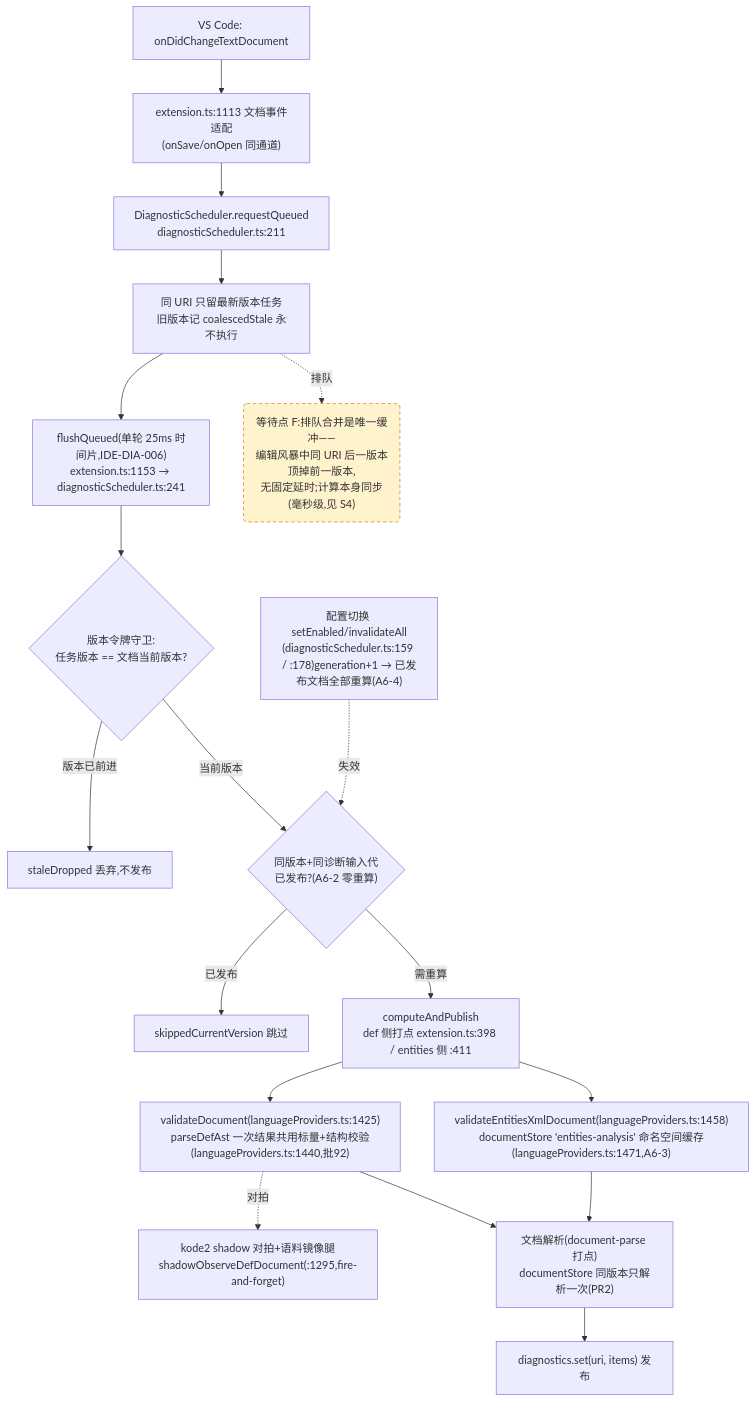
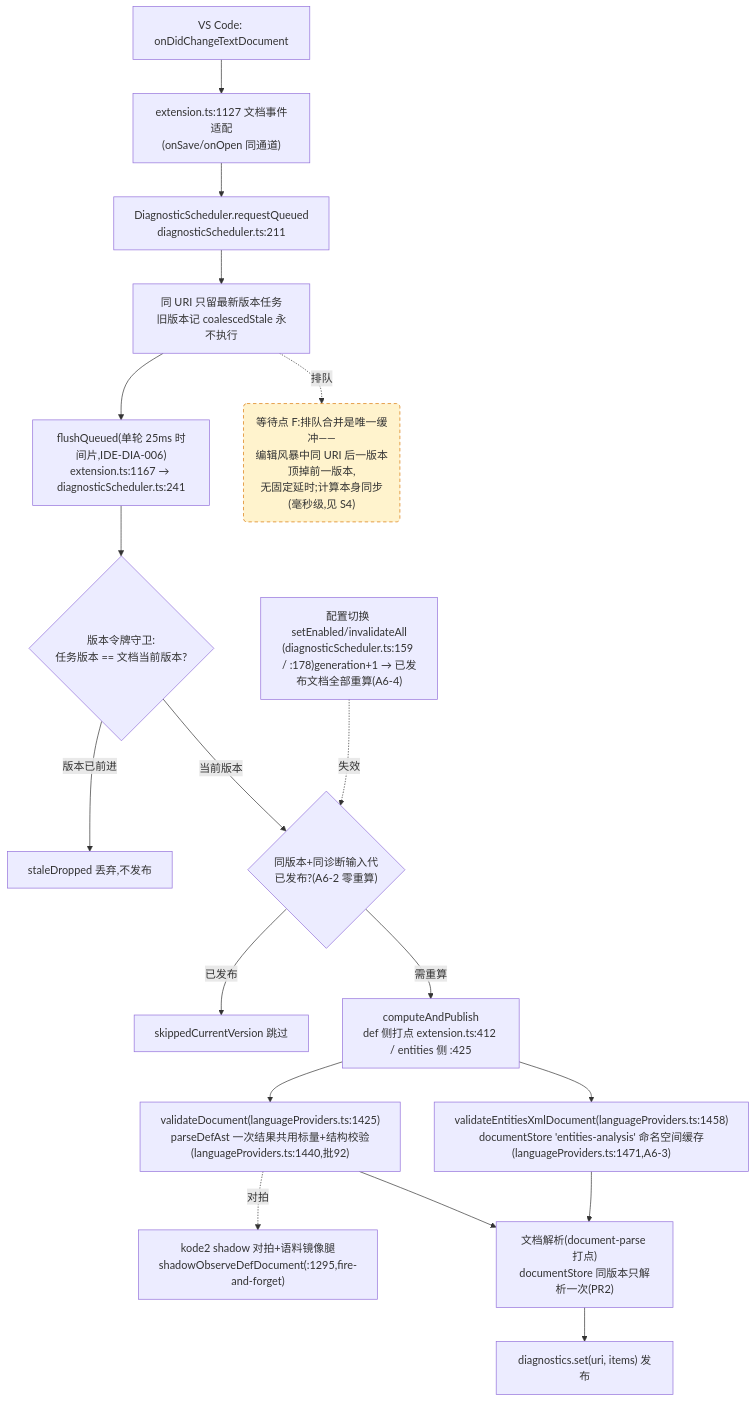
The fourth of 4 diagrams in docs/perf/2026-baseline.md (cuihairu/kode), drawn with Mermaid before and after one commit. The commit also changed other lines of this file and 9 other files, not shown here.

````diff
--- a/docs/perf/2026-baseline.md
+++ b/docs/perf/2026-baseline.md
@@ -214,38 +214,38 @@
 ```mermaid
 flowchart TD
   CHG["VS Code: onDidChangeTextDocument"]
-  WATCH["extension.ts:1113 文档事件适配<br/>(onSave/onOpen 同通道)"]
+  WATCH["extension.ts:1127 文档事件适配<br/>(onSave/onOpen 同通道)"]
   RQ["DiagnosticScheduler.requestQueued<br/>diagnosticScheduler.ts:211"]
   CO["同 URI 只留最新版本任务<br/>旧版本记 coalescedStale 永不执行"]
-  FL["flushQueued(单轮 25ms 时间片,IDE-DIA-006)<br/>extension.ts:1153 → diagnosticScheduler.ts:241"]
+  FL["flushQueued(单轮 25ms 时间片,IDE-DIA-006)<br/>extension.ts:1167 → diagnosticScheduler.ts:241"]
   VG{"版本令牌守卫:<br/>任务版本 == 文档当前版本?"}
   DROP["staleDropped 丢弃,不发布"]
   GEN{"同版本+同诊断输入代<br/>已发布?(A6-2 零重算)"}
   SKIP["skippedCurrentVersion 跳过"]
-  CALC["computeAndPublish<br/>def 侧打点 extension.ts:398 / entities 侧 :411"]
+  CALC["computeAndPublish<br/>def 侧打点 extension.ts:412 / entities 侧 :425"]
   VD["validateDocument(languageProviders.ts:1425)<br/>parseDefAst 一次结果共用标量+结构校验(languageProviders.ts:1440,批92)"]
   VEX["validateEntitiesXmlDocument(languageProviders.ts:1458)<br/>documentStore 'entities-analysis' 命名空间缓存(languageProviders.ts:1471,A6-3)"]
   SHDD["kode2 shadow 对拍+语料镜像腿<br/>shadowObserveDefDocument(:1295,fire-and-forget)"]
   DS["文档解析(document-parse 打点)<br/>documentStore 同版本只解析一次(PR2)"]
   PUB["diagnostics.set(uri, items) 发布"]
   CFG2["配置切换 setEnabled/invalidateAll<br/>(diagnosticScheduler.ts:159 / :178)generation+1 → 已发布文档全部重算(A6-4)"]
 
   CHG --> WATCH --> RQ --> CO --> FL --> VG
   VG -- "版本已前进" --> DROP
   VG -- "当前版本" --> GEN
   GEN -- "已发布" --> SKIP
   GEN -- "需重算" --> CALC
   CALC --> VD
   CALC --> VEX
   VD --> DS
   VEX --> DS
   DS --> PUB
   VD -.->|对拍| SHDD
   CFG2 -.->|失效| GEN
 
   WAITF("等待点 F:排队合并是唯一缓冲——<br/>编辑风暴中同 URI 后一版本顶掉前一版本,<br/>无固定延时;计算本身同步(毫秒级,见 S4)")
   CO -.->|排队| WAITF
 
   classDef waitPoint fill:#fff3cd,stroke:#d97706,stroke-dasharray:5 4;
   class WAITF waitPoint;
 ```
````
